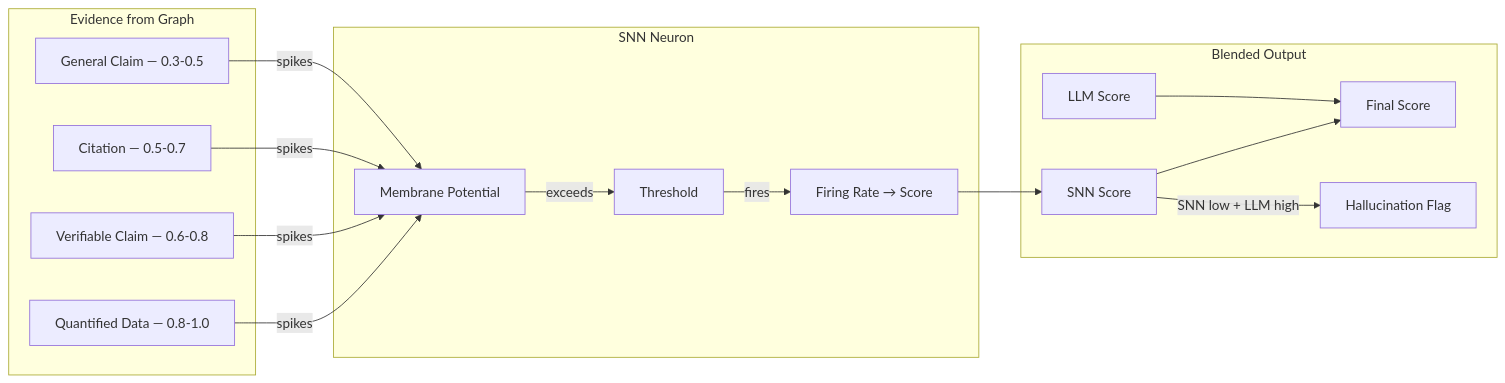
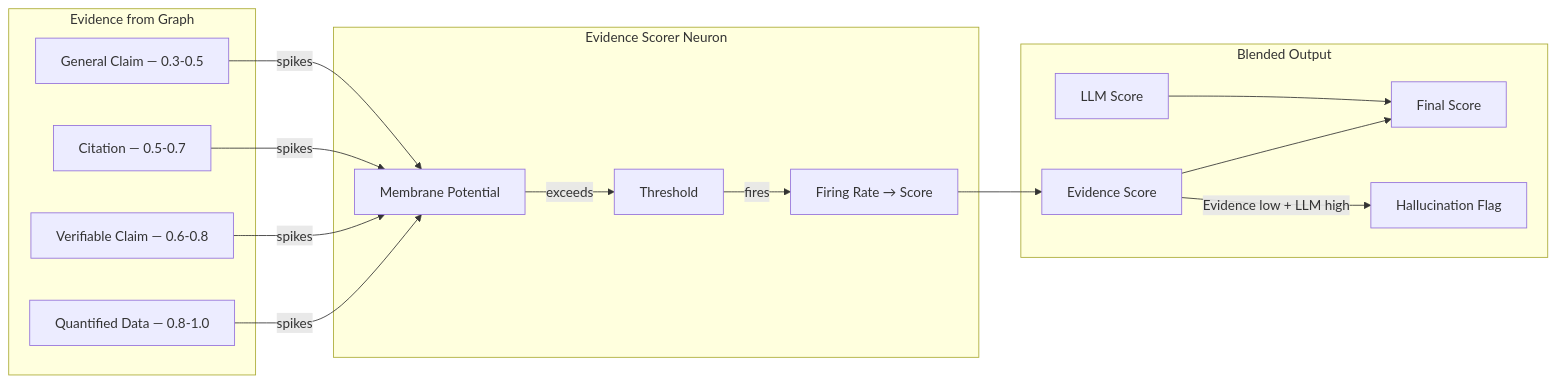
The third of 4 diagrams in README.md (fabio-rovai/brain-in-the-fish), drawn with Mermaid before and after one commit. The commit also changed other lines of this file and 3 other files, not shown here.

````diff
--- a/README.md
+++ b/README.md
@@ -189,28 +191,28 @@
 ```mermaid
 graph LR
     subgraph "Evidence from Graph"
         QD[Quantified Data — 0.8-1.0]
         VC[Verifiable Claim — 0.6-0.8]
         CI[Citation — 0.5-0.7]
         GC[General Claim — 0.3-0.5]
     end
 
-    subgraph "SNN Neuron"
+    subgraph "Evidence Scorer Neuron"
         MP[Membrane Potential]
         TH[Threshold]
         FR[Firing Rate → Score]
     end
 
     subgraph "Blended Output"
-        SS[SNN Score]
+        SS[Evidence Score]
         LS[LLM Score]
         FS[Final Score]
         HF[Hallucination Flag]
     end
 
     QD & VC & CI & GC -->|spikes| MP
     MP -->|exceeds| TH -->|fires| FR
     FR --> SS
     SS & LS --> FS
-    SS -->|"SNN low + LLM high"| HF
+    SS -->|"Evidence low + LLM high"| HF
 ```
````
